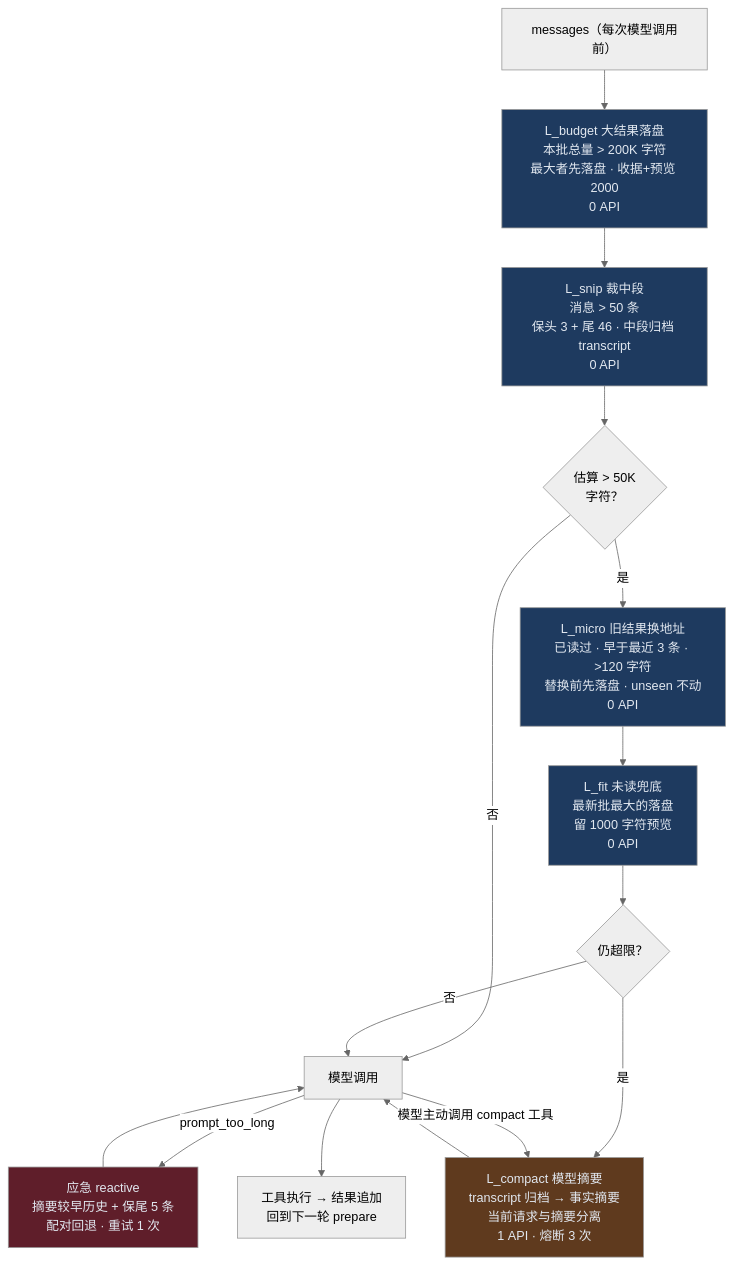
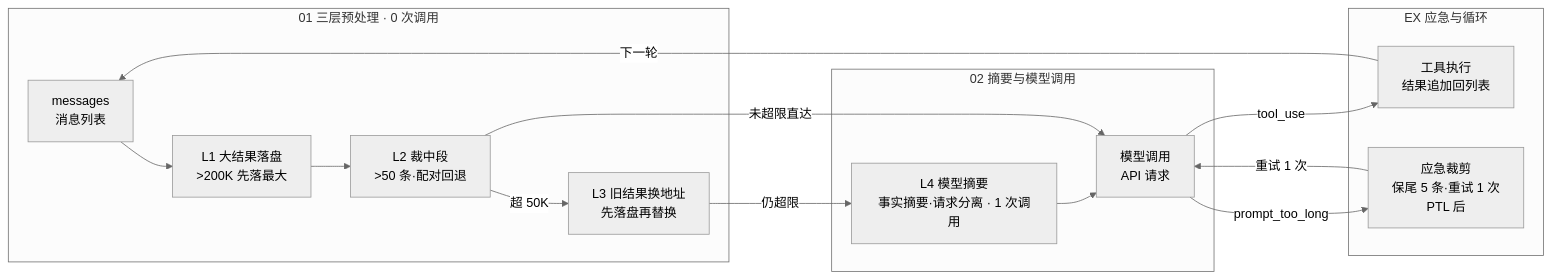
One commit to ThreeFish-AI/negentropy changed the diagram in docs/assets/mermaid/agent-harness/learn-claude-code-memory--compact-pipeline.mmd. Above: the diagram before and after it, drawn with Mermaid (neutral theme). The commit also changed 10 other files, not shown here.

First line of the commit message:
docs(agent-harness): 176 记忆管理精读评审修复——图源同构、原型入库与排序统一;

```diff
--- a/docs/assets/mermaid/agent-harness/learn-claude-code-memory--compact-pipeline.mmd
+++ b/docs/assets/mermaid/agent-harness/learn-claude-code-memory--compact-pipeline.mmd
@@ -1,25 +1,28 @@
 %% source: docs/research/agent-harness/176-learn-claude-code-memory.md §3.1
 %% slug: learn-claude-code-memory--compact-pipeline
 %% type: workflow
 %% derived: docs/assets/architecture/agent-harness/learn-claude-code-memory--compact-pipeline.html
-flowchart TD
-    IN["messages（每次模型调用前）"] --> B["L_budget 大结果落盘<br/>本批总量 > 200K 字符<br/>最大者先落盘 · 收据+预览 2000<br/>0 API"]
-    B --> S["L_snip 裁中段<br/>消息 > 50 条<br/>保头 3 + 尾 46 · 中段归档 transcript<br/>0 API"]
-    S --> Q1{"估算 > 50K<br/>字符？"}
-    Q1 -- 否 --> CALL["模型调用"]
-    Q1 -- 是 --> M["L_micro 旧结果换地址<br/>已读过 · 早于最近 3 条 · >120 字符<br/>替换前先落盘 · unseen 不动<br/>0 API"]
-    M --> F["L_fit 未读兜底<br/>最新批最大的落盘<br/>留 1000 字符预览<br/>0 API"]
-    F --> Q2{"仍超限？"}
-    Q2 -- 否 --> CALL
-    Q2 -- 是 --> CH["L_compact 模型摘要<br/>transcript 归档 → 事实摘要<br/>当前请求与摘要分离<br/>1 API · 熔断 3 次"]
-    CH --> CALL
-    CALL -- "prompt_too_long" --> RC["应急 reactive<br/>摘要较早历史 + 保尾 5 条<br/>配对回退 · 重试 1 次"]
-    RC --> CALL
-    CALL -- "模型主动调用 compact 工具" --> CH
-    CALL --> OUT["工具执行 → 结果追加<br/>回到下一轮 prepare"]
-    style B fill:#1e3a5f,color:#e2e8f0
-    style S fill:#1e3a5f,color:#e2e8f0
-    style M fill:#1e3a5f,color:#e2e8f0
-    style F fill:#1e3a5f,color:#e2e8f0
-    style CH fill:#5f3a1e,color:#e2e8f0
-    style RC fill:#5f1e2a,color:#e2e8f0
+flowchart LR
+    subgraph A["01 三层预处理 · 0 次调用"]
+        IN["messages<br/>消息列表"]
+        B["L1 大结果落盘<br/>>200K 先落最大"]
+        SNIP["L2 裁中段<br/>>50 条·配对回退"]
+        MF["L3 旧结果换地址<br/>先落盘再替换"]
+        IN --> B --> SNIP
+        SNIP -- "超 50K" --> MF
+    end
+    subgraph C["02 摘要与模型调用"]
+        CH["L4 模型摘要<br/>事实摘要·请求分离 · 1 次调用"]
+        CALL["模型调用<br/>API 请求"]
+        CH --> CALL
+    end
+    subgraph E["EX 应急与循环"]
+        TOOLS["工具执行<br/>结果追加回列表"]
+        RC["应急裁剪<br/>保尾 5 条·重试 1 次<br/>PTL 后"]
+    end
+    SNIP -- "未超限直达" --> CALL
+    MF -- "仍超限" --> CH
+    CALL -- "prompt_too_long" --> RC
+    RC -- "重试 1 次" --> CALL
+    CALL -- "tool_use" --> TOOLS
+    TOOLS -- "下一轮" --> IN
```
